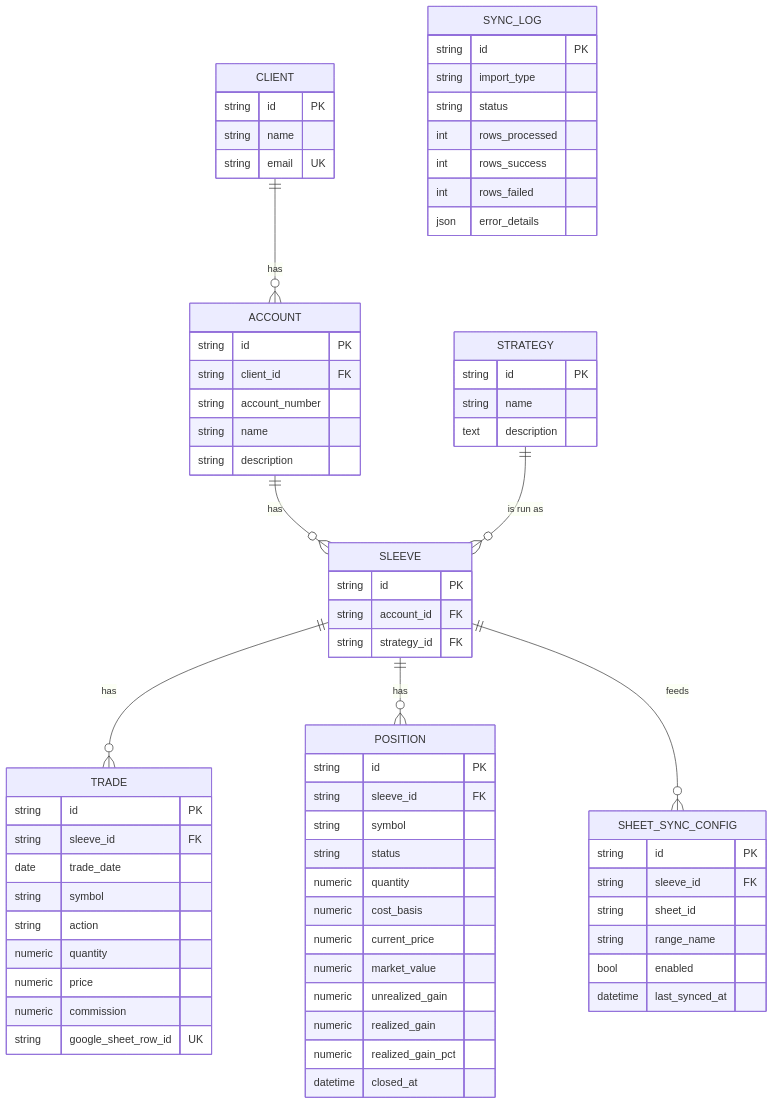
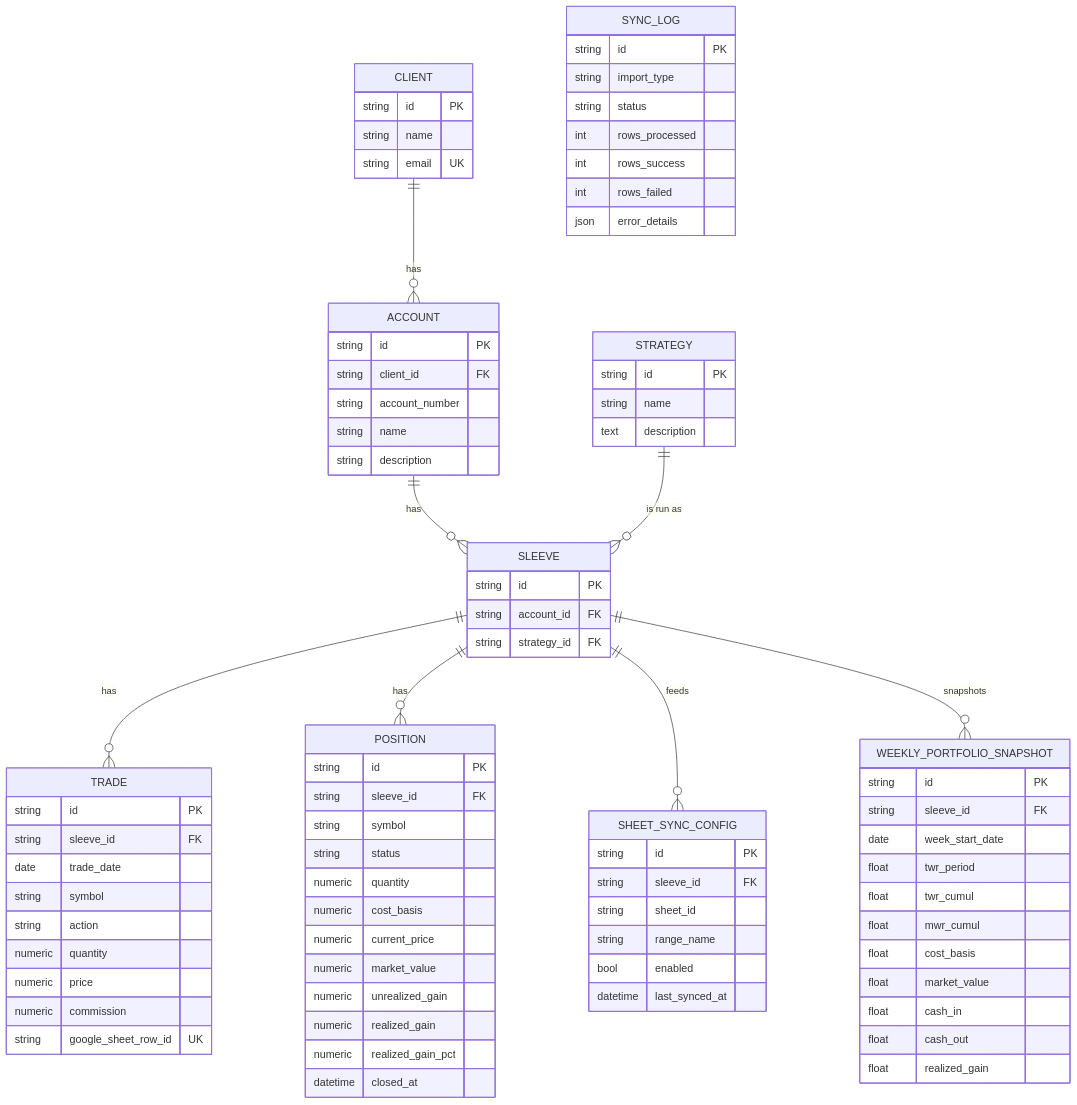
Before and after one commit to Gowtham-1628/Achalara: the diagram in backend/DATA_MODEL.md, drawn with Mermaid. The commit also changed other lines of this file and 36 other files, not shown here.

````diff
--- a/backend/DATA_MODEL.md
+++ b/backend/DATA_MODEL.md
@@ -32,6 +33,7 @@
     SLEEVE ||--o{ TRADE : has
     SLEEVE ||--o{ POSITION : has
     SLEEVE ||--o{ SHEET_SYNC_CONFIG : feeds
+    SLEEVE ||--o{ WEEKLY_PORTFOLIO_SNAPSHOT : snapshots
 
     CLIENT {
         string id PK
@@ -97,4 +99,17 @@
         int rows_failed
         json error_details
     }
+    WEEKLY_PORTFOLIO_SNAPSHOT {
+        string id PK
+        string sleeve_id FK
+        date week_start_date
+        float twr_period
+        float twr_cumul
+        float mwr_cumul
+        float cost_basis
+        float market_value
+        float cash_in
+        float cash_out
+        float realized_gain
+    }
 ```
````
